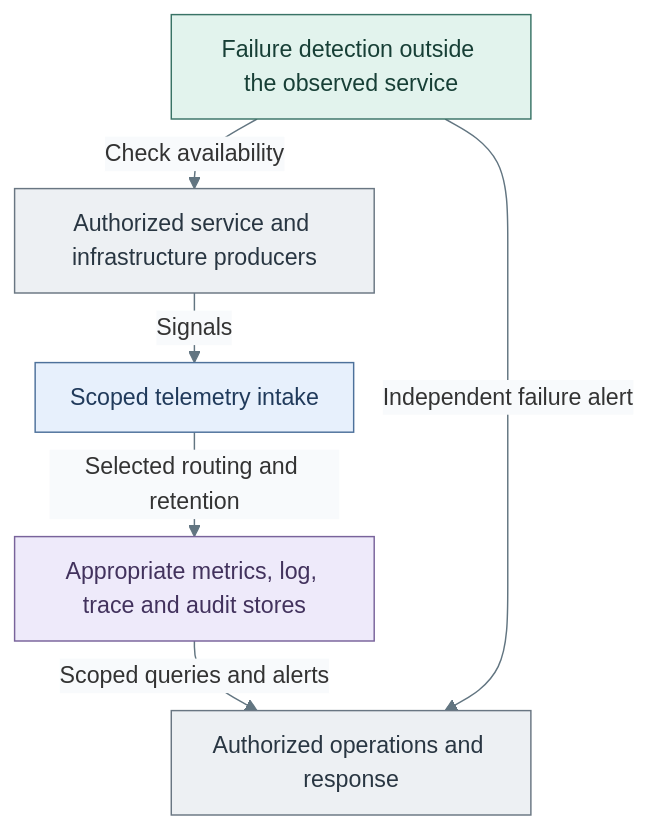
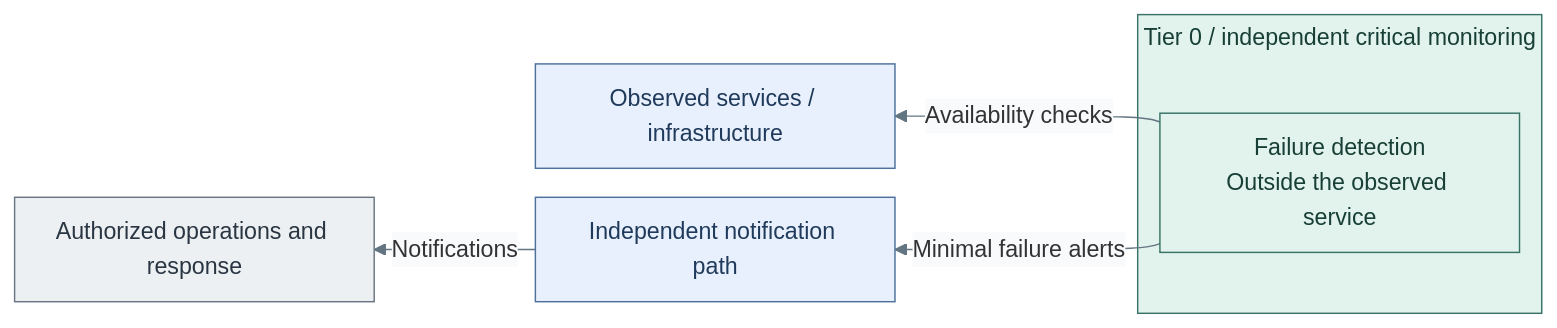
The sixth of 6 diagrams in docs/architecture/runtime-flows.md (Rexus/homelab), drawn with Mermaid before and after one commit. The commit also changed other lines of this file and 89 other files, not shown here.

Commit message:
docs(deployment): align capability stages and diagrams

````diff
--- a/docs/architecture/runtime-flows.md
+++ b/docs/architecture/runtime-flows.md
@@ -215,23 +234,20 @@
 ```mermaid
 %%{init: {"theme":"base","flowchart":{"nodeSpacing":20,"rankSpacing":24,"padding":12,"subGraphTitleMargin":{"top":4,"bottom":12}},"themeVariables":{"lineColor":"#627581","edgeLabelBackground":"#f8fafc"}}}%%
-flowchart TB
-  Producers["Authorized service and infrastructure producers"]
-  Intake["Scoped telemetry intake"]
-  Backends["Appropriate metrics, log, trace and audit stores"]
+flowchart RL
+  subgraph T0["Tier 0 / independent critical monitoring"]
+    Independent["Failure detection<br/>Outside the observed service"]
+  end
+  Producers["Observed services / infrastructure"]
+  External["Independent notification path"]
   Operators["Authorized operations and response"]
-  Independent["Failure detection outside the observed service"]
-  Producers -->|Signals| Intake
-  Intake -->|Selected routing and retention| Backends
-  Backends -->|Scoped queries and alerts| Operators
-  Independent -->|Check availability| Producers
-  Independent -->|Independent failure alert| Operators
+  Independent -->|Availability checks| Producers
+  Independent -->|Minimal failure alerts| External
+  External -->|Notifications| Operators
   classDef default fill:#f8fafc,stroke:#64748b,color:#1f2937
   classDef actor fill:#edf0f3,stroke:#697682,color:#293642
   classDef services fill:#e7f0fc,stroke:#4d719b,color:#203a5b
-  classDef data fill:#eeeafa,stroke:#78639b,color:#42325d
   classDef control fill:#e2f3ed,stroke:#397366,color:#173f36
-  class Producers,Operators actor
-  class Intake services
-  class Backends data
-  class Independent control
+  class Producers,External services
+  class Operators actor
+  class T0,Independent control
 ```
````
